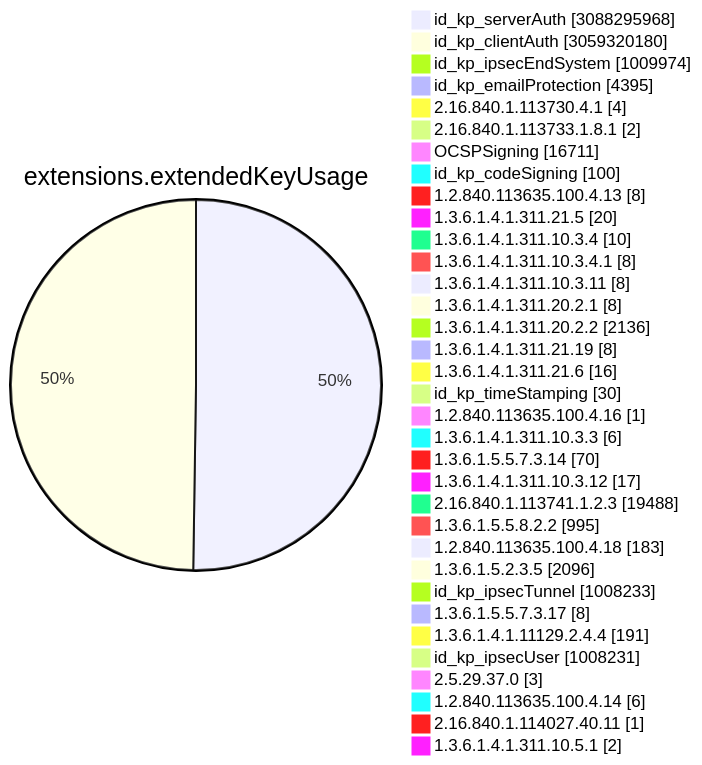
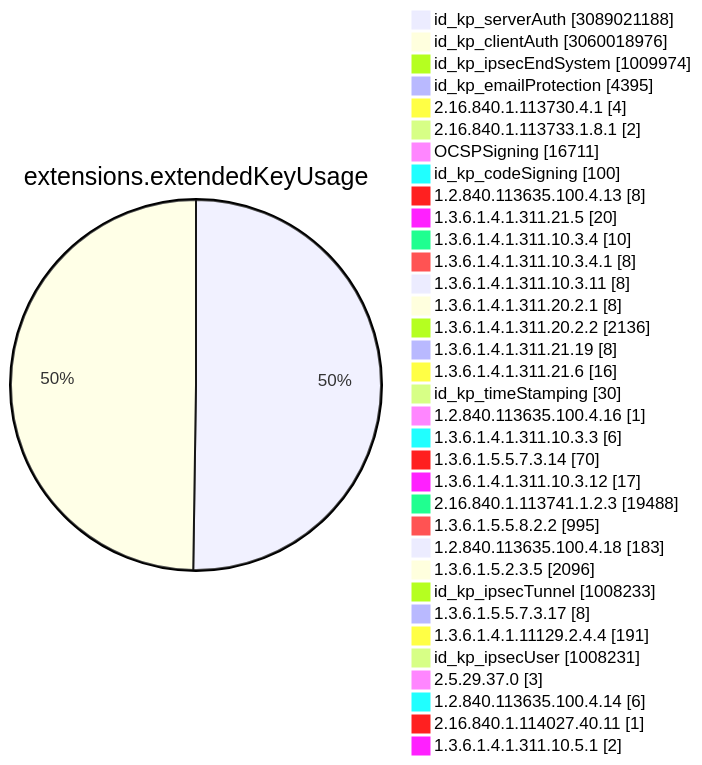
One commit to christiankrug/ctmonitor_visualization changed diagram 11 of 15 in TOTAL/README.md. Above: the diagram before and after it, drawn with Mermaid. The commit also changed other lines of this file, not shown here.

````diff
--- a/TOTAL/README.md
+++ b/TOTAL/README.md
@@ -4119,38 +4119,38 @@
 ```mermaid
 pie showData
 title extensions.extendedKeyUsage
-"id_kp_serverAuth" :3088295968
-"id_kp_clientAuth" :3059320180
+"id_kp_serverAuth" :3089021188
+"id_kp_clientAuth" :3060018976
 "id_kp_ipsecEndSystem" :1009974
 "id_kp_emailProtection" :4395
 "2.16.840.1.113730.4.1" :4
 "2.16.840.1.113733.1.8.1" :2
 "OCSPSigning" :16711
 "id_kp_codeSigning" :100
 "1.2.840.113635.100.4.13" :8
 "1.3.6.1.4.1.311.21.5" :20
 "1.3.6.1.4.1.311.10.3.4" :10
 "1.3.6.1.4.1.311.10.3.4.1" :8
 "1.3.6.1.4.1.311.10.3.11" :8
 "1.3.6.1.4.1.311.20.2.1" :8
 "1.3.6.1.4.1.311.20.2.2" :2136
 "1.3.6.1.4.1.311.21.19" :8
 "1.3.6.1.4.1.311.21.6" :16
 "id_kp_timeStamping" :30
 "1.2.840.113635.100.4.16" :1
 "1.3.6.1.4.1.311.10.3.3" :6
 "1.3.6.1.5.5.7.3.14" :70
 "1.3.6.1.4.1.311.10.3.12" :17
 "2.16.840.1.113741.1.2.3" :19488
 "1.3.6.1.5.5.8.2.2" :995
 "1.2.840.113635.100.4.18" :183
 "1.3.6.1.5.2.3.5" :2096
 "id_kp_ipsecTunnel" :1008233
 "1.3.6.1.5.5.7.3.17" :8
 "1.3.6.1.4.1.11129.2.4.4" :191
 "id_kp_ipsecUser" :1008231
 "2.5.29.37.0" :3
 "1.2.840.113635.100.4.14" :6
 "2.16.840.1.114027.40.11" :1
 "1.3.6.1.4.1.311.10.5.1" :2
 ```
````
